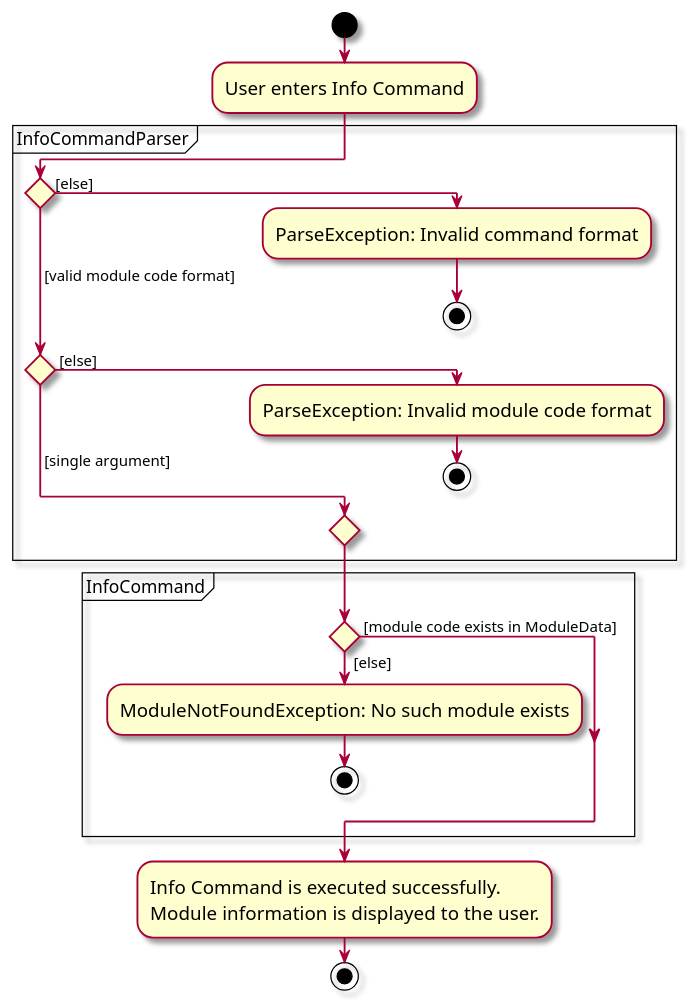
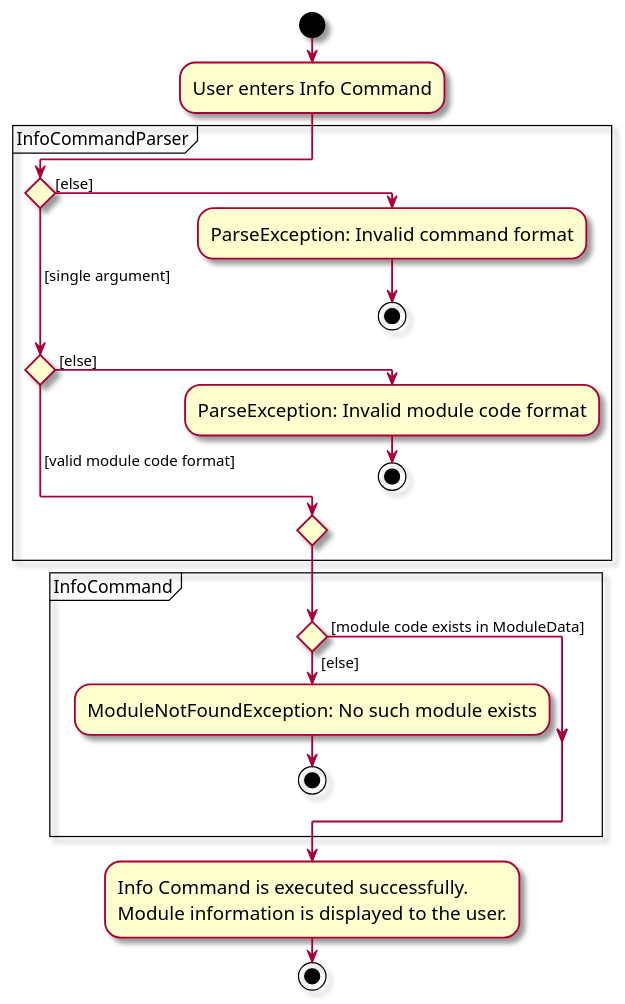
One commit to ji-just-ji/tp changed the diagram in diagrams/InfoCommandActivityDiagram.puml. Above: the diagram before and after it, drawn with PlantUML. The commit also changed 77 other files, not shown here.

```diff
--- a/diagrams/InfoCommandActivityDiagram.puml
+++ b/diagrams/InfoCommandActivityDiagram.puml
@@ -1,36 +1,36 @@
 @startuml
 skin rose
 skinparam ActivityFontSize 15
 skinparam ArrowFontSize 12
 !pragma useVerticalIf on
 start
 :User enters Info Command;
 
 partition InfoCommandParser {
 
 if () then ([else])
     :ParseException: Invalid command format;
     stop
-( [valid module code format]) elseif () then ( [else])
+( [single argument]) elseif () then ( [else])
     :ParseException: Invalid module code format;
     stop
-else ( [single argument])
+else ( [valid module code format])
 
 endif
 }
 
 partition InfoCommand {
 
 if () then ( [else])
     :ModuleNotFoundException: No such module exists;
     stop
 else ( [module code exists in ModuleData]   )
 
 endif
 }
 
 :Info Command is executed successfully.
 Module information is displayed to the user.;
 stop
 
 @enduml
```
